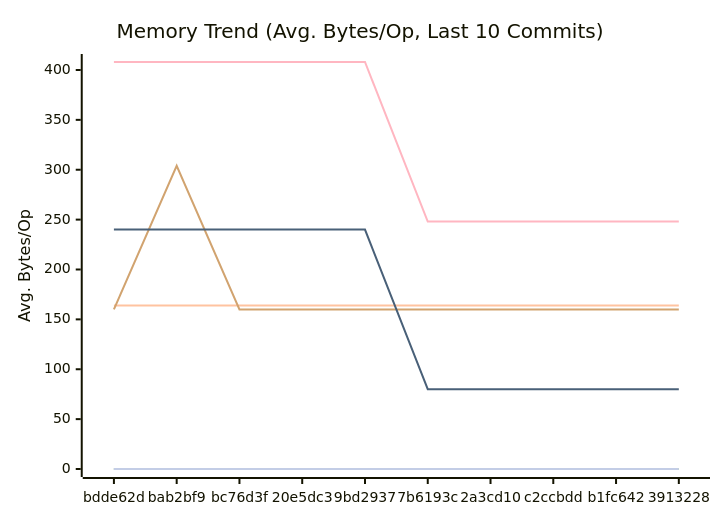
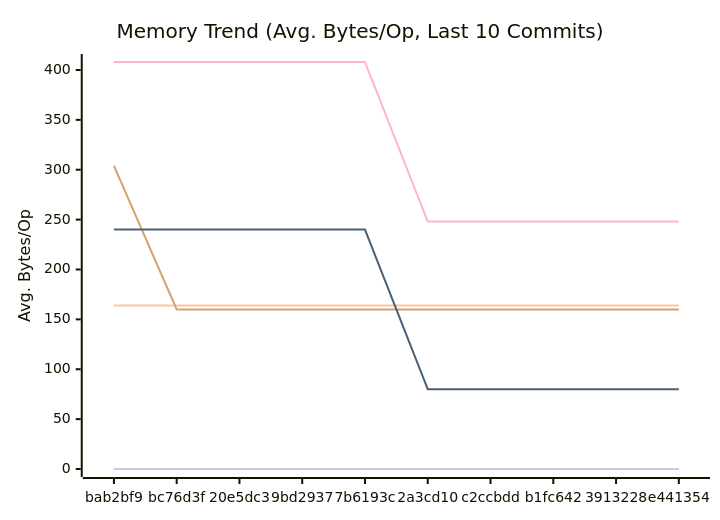
Before and after one commit to alsotoes/momo: the second of 3 diagrams in docs/PERFORMANCE.md, drawn with Mermaid. The commit also changed other lines of this file and 2 other files, not shown here.

````diff
--- a/docs/PERFORMANCE.md
+++ b/docs/PERFORMANCE.md
@@ -97,16 +97,16 @@
 ```mermaid
 xychart-beta
     title "Memory Trend (Avg. Bytes/Op, Last 10 Commits)"
     x-axis "Commit"
     y-axis "Avg. Bytes/Op"
-    x-axis [bdde62d,bab2bf9,bc76d3f,20e5dc3,9bd2937,7b6193c,2a3cd10,c2ccbdd,b1fc642,3913228]
+    x-axis [bab2bf9,bc76d3f,20e5dc3,9bd2937,7b6193c,2a3cd10,c2ccbdd,b1fc642,3913228,e441354]
     line "CheckMetricsAndSwap" [0,0,0,0,0,0,0,0,0,0]
     line "CrushOptimized" [0,0,0,0,0,0,0,0,0,0]
     line "CrushOriginal" [164,164,164,164,164,164,164,164,164,164]
     line "IndexDirectTracking" [0,0,0,0,0,0,0,0,0,0]
     line "IndexSearch" [0,0,0,0,0,0,0,0,0,0]
-    line "LoadGlobalConfig" [160,304,160,160,160,160,160,160,160,160]
+    line "LoadGlobalConfig" [304,160,160,160,160,160,160,160,160,160]
     line "PadString" [0,0,0,0,0,0,0,0,0,0]
     line "ParseReplicationOrder_NoPrealloc" [408,408,408,408,408,248,248,248,248,248]
     line "ParseReplicationOrder_Prealloc" [240,240,240,240,240,80,80,80,80,80]
 ```
````
